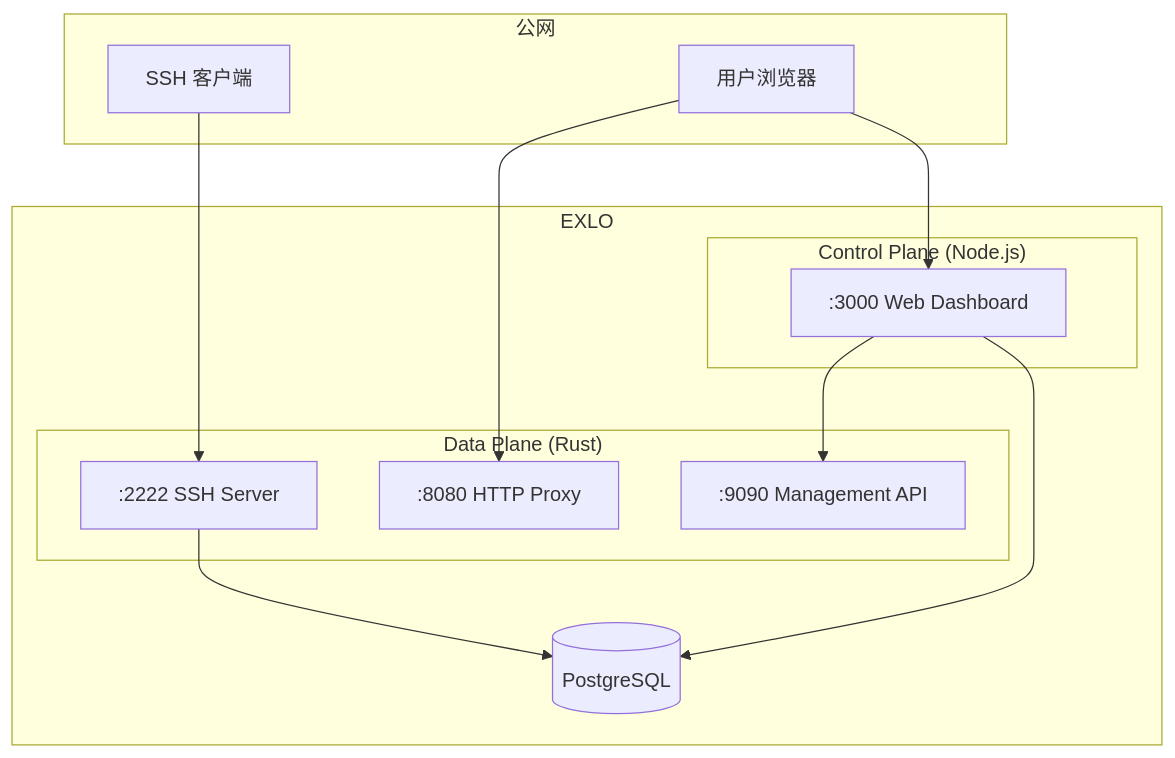
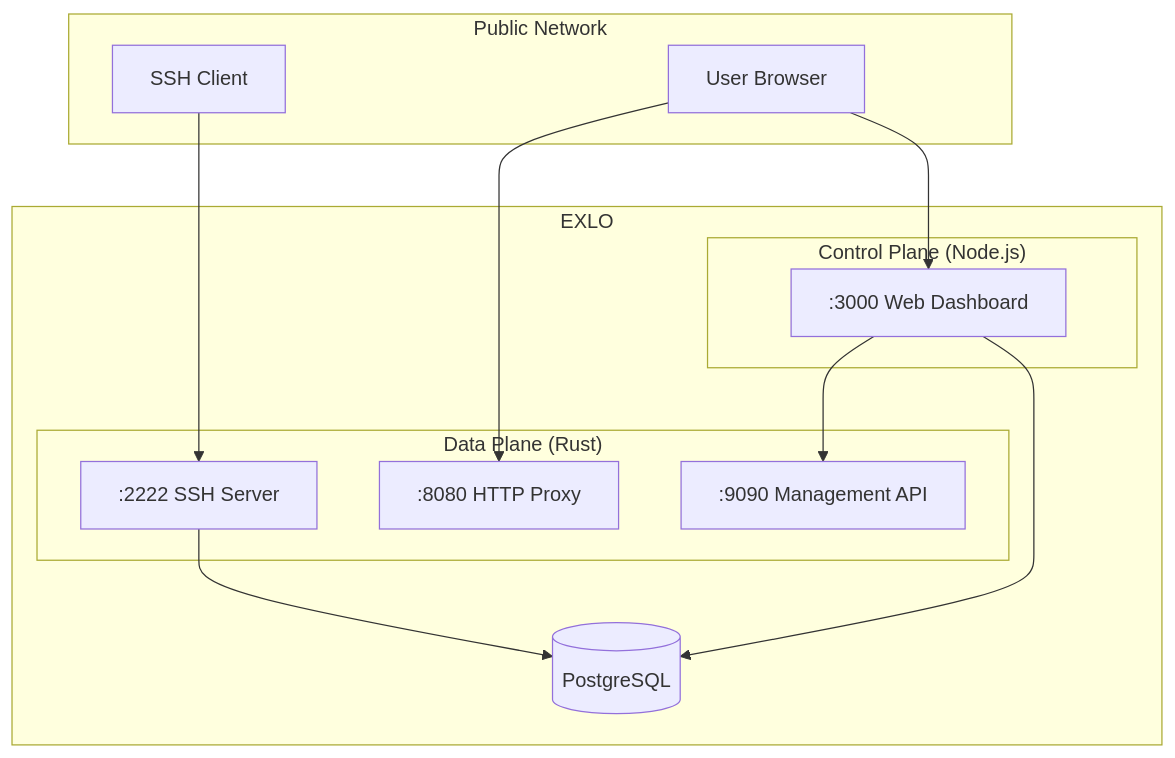
Before and after one commit to ZingerLittleBee/EXLO: the first of 3 diagrams in apps/docs/content/docs/architecture.mdx, drawn with Mermaid. The commit also changed other lines of this file and 28 other files, not shown here.

````diff
--- a/apps/docs/content/docs/architecture.mdx
+++ b/apps/docs/content/docs/architecture.mdx
@@ -11,28 +11,28 @@
 ```mermaid
 flowchart TB
-    subgraph public["公网"]
-        client[SSH 客户端]
-        browser[用户浏览器]
+    subgraph public["Public Network"]
+        client[SSH Client]
+        browser[User Browser]
     end
 
     subgraph cluster["EXLO"]
         subgraph data["Data Plane (Rust)"]
             ssh[":2222 SSH Server"]
             proxy[":8080 HTTP Proxy"]
             mgmt[":9090 Management API"]
         end
 
         subgraph control["Control Plane (Node.js)"]
             web[":3000 Web Dashboard"]
         end
 
         db[(PostgreSQL)]
     end
 
     client --> ssh
     browser --> proxy
     browser --> web
     web --> mgmt
     ssh --> db
     web --> db
 ```
````
